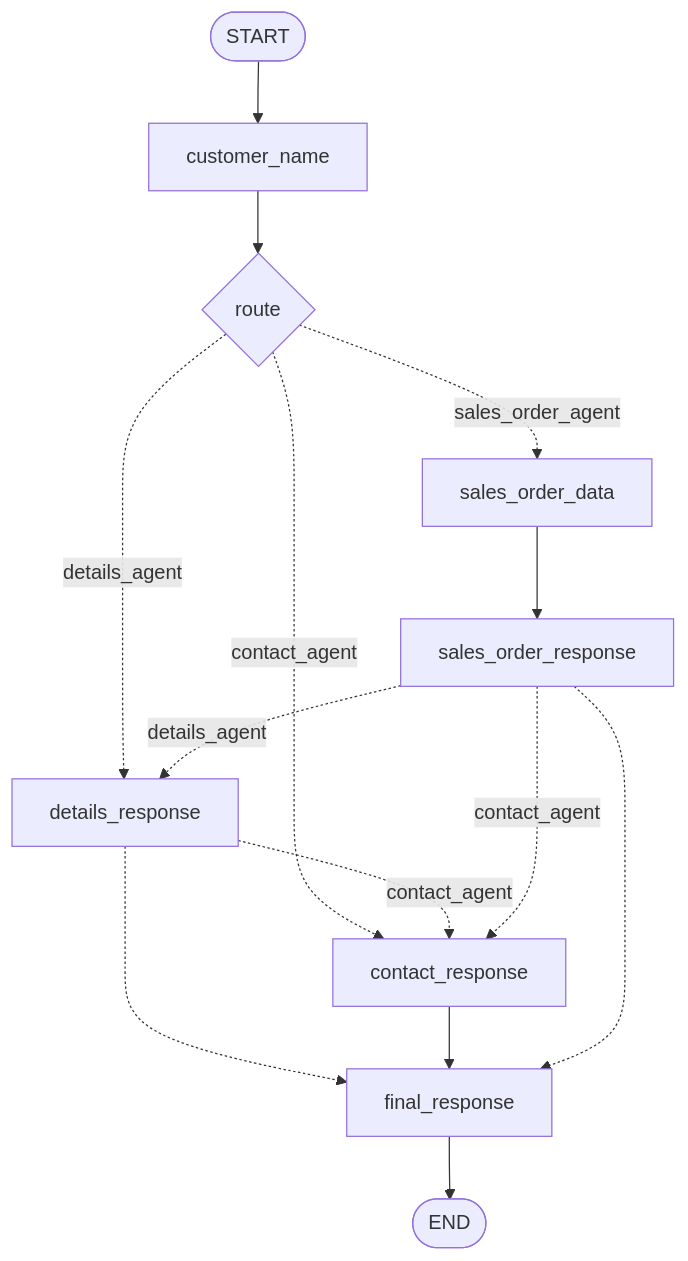
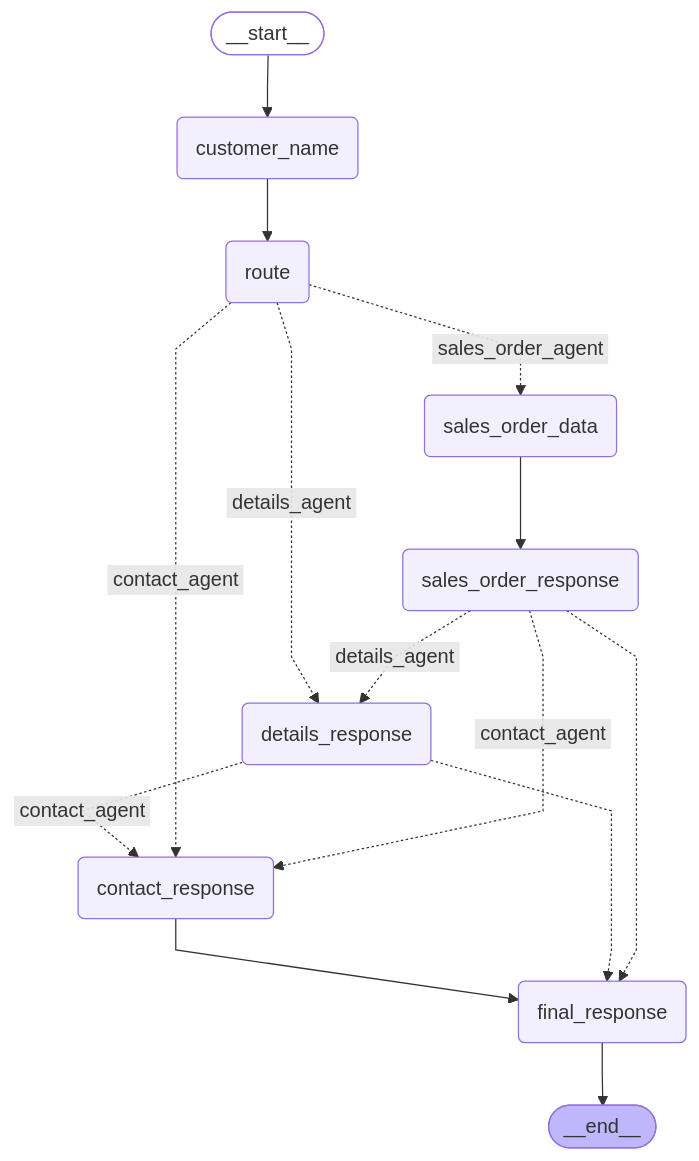
Before and after one commit to pardeepai/ai-erpnext-assistant: the diagram in README.md, drawn with Mermaid. The commit also changed other lines of this file, not shown here.

Commit message:
docs: embed exact mermaid export for workflow_multi diagram

````diff
--- a/README.md
+++ b/README.md
@@ -101,21 +101,33 @@
 ```mermaid
-flowchart TD
-    start([START]) --> customer_name[customer_name]
-    customer_name --> route{route}
-
-    route -. "details_agent" .-> details_response[details_response]
-    route -. "contact_agent" .-> contact_response[contact_response]
-    route -. "sales_order_agent" .-> sales_order_data[sales_order_data]
-
-    details_response -. "contact_agent" .-> contact_response
-    details_response -.-> final_response[final_response]
-
-    contact_response --> final_response
-
-    sales_order_data --> sales_order_response[sales_order_response]
-    sales_order_response -. "contact_agent" .-> contact_response
-    sales_order_response -. "details_agent" .-> details_response
-    sales_order_response -.-> final_response
-
-    final_response --> end_node([END])
+---
+config:
+  flowchart:
+    curve: linear
+---
+graph TD;
+        __start__([<p>__start__</p>]):::first
+        customer_name(customer_name)
+        route(route)
+        details_response(details_response)
+        contact_response(contact_response)
+        sales_order_data(sales_order_data)
+        sales_order_response(sales_order_response)
+        final_response(final_response)
+        __end__([<p>__end__</p>]):::last
+        __start__ --> customer_name;
+        contact_response --> final_response;
+        customer_name --> route;
+        details_response -. &nbsp;contact_agent&nbsp; .-> contact_response;
+        details_response -.-> final_response;
+        route -. &nbsp;contact_agent&nbsp; .-> contact_response;
+        route -. &nbsp;details_agent&nbsp; .-> details_response;
+        route -. &nbsp;sales_order_agent&nbsp; .-> sales_order_data;
+        sales_order_data --> sales_order_response;
+        sales_order_response -. &nbsp;contact_agent&nbsp; .-> contact_response;
+        sales_order_response -. &nbsp;details_agent&nbsp; .-> details_response;
+        sales_order_response -.-> final_response;
+        final_response --> __end__;
+        classDef default fill:#f2f0ff,line-height:1.2
+        classDef first fill-opacity:0
+        classDef last fill:#bfb6fc
 ```
````
